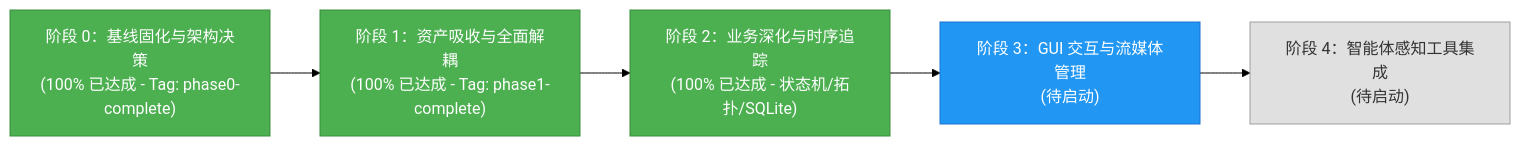
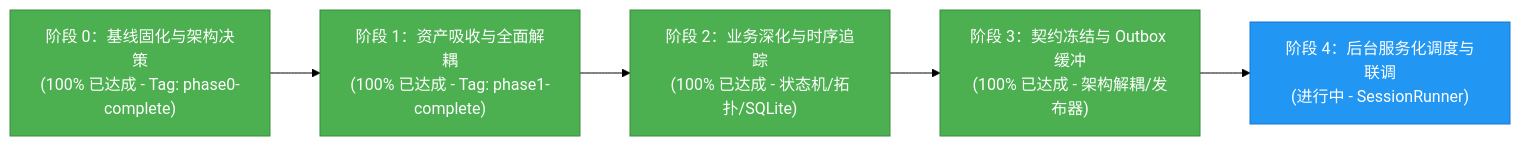
The diagram in docs/perception/PROGRESS.md (jjc303/civil_engineering_agent), drawn with Mermaid (forest theme) before and after one commit. The commit also changed other lines of this file and 1 other file, not shown here.

````diff
--- a/docs/perception/PROGRESS.md
+++ b/docs/perception/PROGRESS.md
@@ -26,13 +32,13 @@
 ```mermaid
 flowchart LR
     M0["阶段 0：基线固化与架构决策<br/>(100% 已达成 - Tag: phase0-complete)"] --> M1["阶段 1：资产吸收与全面解耦<br/>(100% 已达成 - Tag: phase1-complete)"]
     M1 --> M2["阶段 2：业务深化与时序追踪<br/>(100% 已达成 - 状态机/拓扑/SQLite)"]
-    M2 --> M3["阶段 3：GUI 交互与流媒体管理<br/>(待启动)"]
-    M3 --> M4["阶段 4：智能体感知工具集成<br/>(待启动)"]
+    M2 --> M3["阶段 3：契约冻结与 Outbox 缓冲<br/>(100% 已达成 - 架构解耦/发布器)"]
+    M3 --> M4["阶段 4：后台服务化调度与联调<br/>(进行中 - SessionRunner)"]
 
     style M0 fill:#4CAF50,stroke:#388E3C,color:#fff
     style M1 fill:#4CAF50,stroke:#388E3C,color:#fff
     style M2 fill:#4CAF50,stroke:#388E3C,color:#fff
-    style M3 fill:#2196F3,stroke:#1976D2,color:#fff
-    style M4 fill:#e0e0e0,stroke:#9e9e9e,color:#333
+    style M3 fill:#4CAF50,stroke:#388E3C,color:#fff
+    style M4 fill:#2196F3,stroke:#1976D2,color:#fff
 ```
````
